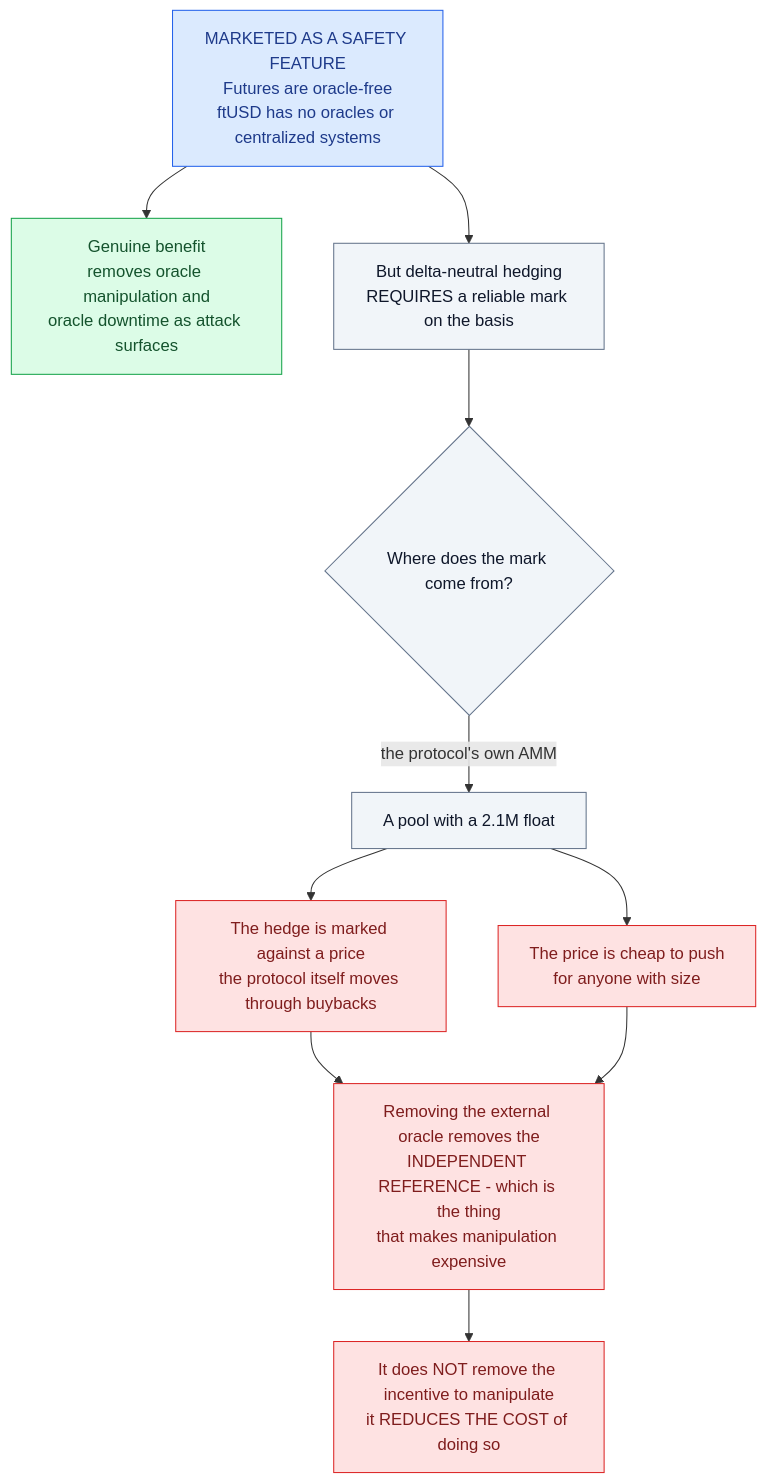
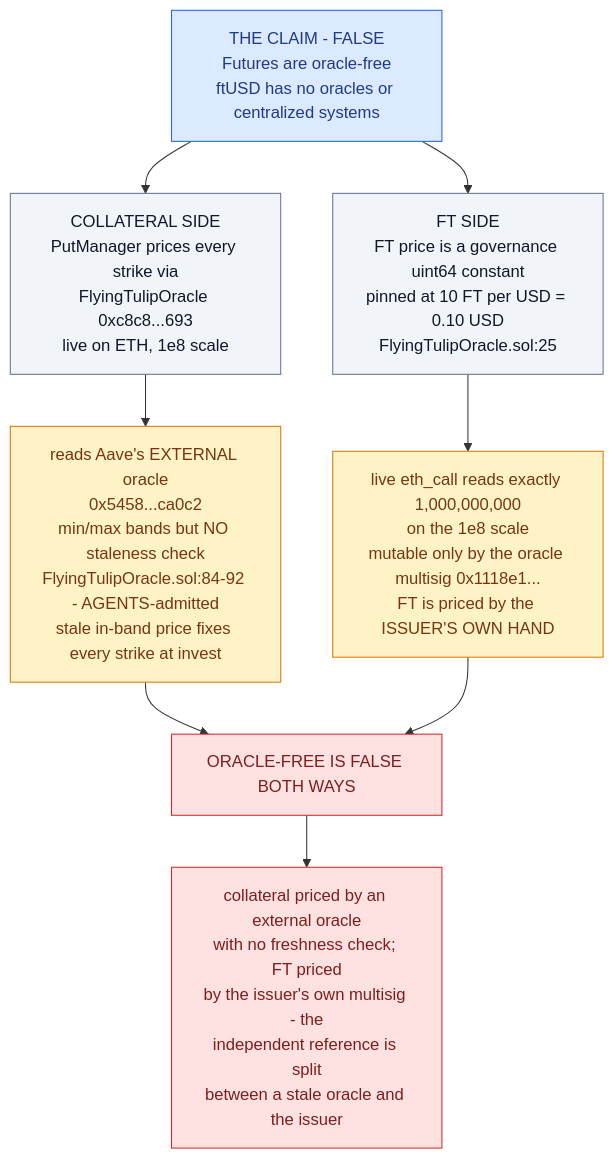
The tenth of 10 diagrams in findings/03-economics-high-yield.md (m0n3r0/flying-tulip-audit), drawn with Mermaid before and after one commit. The commit also changed other lines of this file and 111 other files, not shown here.

````diff
--- a/findings/03-economics-high-yield.md
+++ b/findings/03-economics-high-yield.md
@@ -600,30 +649,27 @@
 ```mermaid
 flowchart TB
-    CLAIM["MARKETED AS A SAFETY FEATURE<br/>Futures are oracle-free<br/>ftUSD has no oracles or centralized systems"]
+    CLAIM["THE CLAIM - FALSE<br/>Futures are oracle-free<br/>ftUSD has no oracles or centralized systems"]
 
-    CLAIM --> BENEFIT["Genuine benefit<br/>removes oracle manipulation and<br/>oracle downtime as attack surfaces"]
+    CLAIM --> COLLAT["COLLATERAL SIDE<br/>PutManager prices every strike via<br/>FlyingTulipOracle 0xc8c8...693<br/>live on ETH, 1e8 scale"]
 
-    CLAIM --> NEED["But delta-neutral hedging<br/>REQUIRES a reliable mark on the basis"]
+    COLLAT --> NOFRESH["reads Aave's EXTERNAL oracle<br/>0x5458...ca0c2<br/>min/max bands but NO staleness check<br/>FlyingTulipOracle.sol:84-92 - AGENTS-admitted<br/>stale in-band price fixes every strike at invest"]
 
-    NEED --> SRC{"Where does the mark come from?"}
+    CLAIM --> FTPRICE["FT SIDE<br/>FT price is a governance uint64 constant<br/>pinned at 10 FT per USD = 0.10 USD<br/>FlyingTulipOracle.sol:25"]
 
-    SRC -->|"the protocol's own AMM"| POOL["A pool with a 2.1M float"]
+    FTPRICE --> MSIG["live eth_call reads exactly 1,000,000,000<br/>on the 1e8 scale<br/>mutable only by the oracle multisig 0x1118e1...<br/>FT is priced by the ISSUER'S OWN HAND"]
 
-    POOL --> C1["The hedge is marked against a price<br/>the protocol itself moves through buybacks"]
-    POOL --> C2["The price is cheap to push<br/>for anyone with size"]
+    NOFRESH --> VERDICT["ORACLE-FREE IS FALSE BOTH WAYS"]
+    MSIG --> VERDICT
 
-    C1 --> VERDICT["Removing the external oracle removes the<br/>INDEPENDENT REFERENCE - which is the thing<br/>that makes manipulation expensive"]
-    C2 --> VERDICT
-
-    VERDICT --> FINAL["It does NOT remove the incentive to manipulate<br/>it REDUCES THE COST of doing so"]
+    VERDICT --> FINAL["collateral priced by an external oracle<br/>with no freshness check; FT priced<br/>by the issuer's own multisig - the<br/>independent reference is split<br/>between a stale oracle and the issuer"]
 
     classDef claim fill:#dbeafe,stroke:#2563eb,color:#1e3a8a
     classDef warn fill:#fef3c7,stroke:#d97706,color:#78350f
     classDef bad fill:#fee2e2,stroke:#dc2626,color:#7f1d1d
     classDef good fill:#dcfce7,stroke:#16a34a,color:#14532d
     classDef neutral fill:#f1f5f9,stroke:#64748b,color:#0f172a
     class CLAIM claim
-    class NEED,SRC,POOL neutral
-    class BENEFIT good
-    class C1,C2,VERDICT,FINAL bad
+    class COLLAT,FTPRICE neutral
+    class NOFRESH,MSIG warn
+    class VERDICT,FINAL bad
 ```
````
